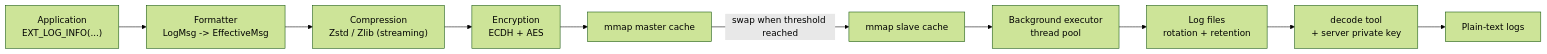
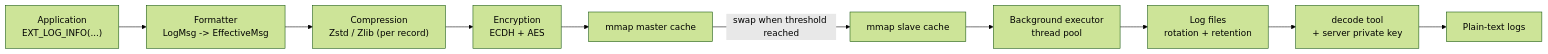
The diagram in README.md (oler-hero/high-performance-logger), drawn with Mermaid (forest theme) before and after one commit. The commit also changed other lines of this file and 1 other file, not shown here.

````diff
--- a/README.md
+++ b/README.md
@@ -41,12 +41,12 @@
 ```mermaid
 flowchart LR
     A["Application<br/>EXT_LOG_INFO(...)"] --> B["Formatter<br/>LogMsg -> EffectiveMsg"]
-    B --> C["Compression<br/>Zstd / Zlib (streaming)"]
+    B --> C["Compression<br/>Zstd / Zlib (per record)"]
     C --> D["Encryption<br/>ECDH + AES"]
     D --> E["mmap master cache"]
     E -->|"swap when threshold reached"| F["mmap slave cache"]
     F --> G["Background executor<br/>thread pool"]
     G --> H["Log files<br/>rotation + retention"]
     H --> I["decode tool<br/>+ server private key"]
     I --> J["Plain-text logs"]
 ```
````
